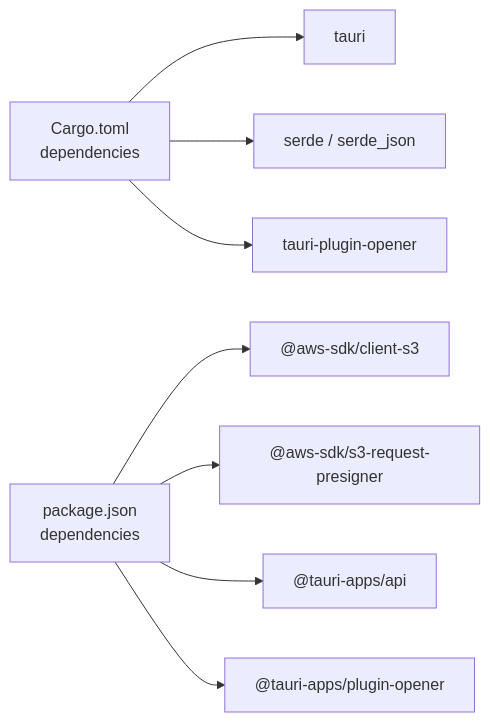
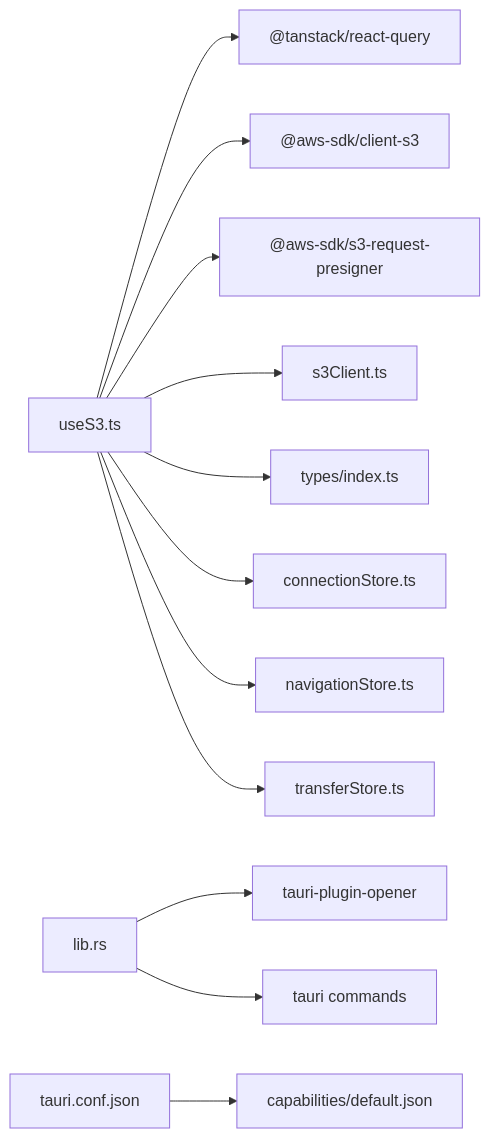
The third of 3 diagrams in .qoder/repowiki/en/content/API Reference.md (nasrulhadi/s3-explorer), drawn with Mermaid before and after one commit. The commit also changed other lines of this file and 46 other files, not shown here.

````diff
--- a/.qoder/repowiki/en/content/API Reference.md
+++ b/.qoder/repowiki/en/content/API Reference.md
@@ -311,10 +342,14 @@
 ```mermaid
 graph LR
-Cargo["Cargo.toml<br/>dependencies"] --> Tauri["tauri"]
-Cargo --> Serde["serde / serde_json"]
-Cargo --> Opener["tauri-plugin-opener"]
-Pkg["package.json<br/>dependencies"] --> AwsS3["@aws-sdk/client-s3"]
-Pkg --> Presigner["@aws-sdk/s3-request-presigner"]
-Pkg --> TauriAPI["@tauri-apps/api"]
-Pkg --> OpenerPlugin["@tauri-apps/plugin-opener"]
+U["useS3.ts"] --> Q["@tanstack/react-query"]
+U --> S["@aws-sdk/client-s3"]
+U --> P["@aws-sdk/s3-request-presigner"]
+U --> C["s3Client.ts"]
+U --> T["types/index.ts"]
+U --> ZC["connectionStore.ts"]
+U --> ZN["navigationStore.ts"]
+U --> ZT["transferStore.ts"]
+L["lib.rs"] --> TP["tauri-plugin-opener"]
+L --> TC["tauri commands"]
+CFG["tauri.conf.json"] --> CAP["capabilities/default.json"]
 ```
````
